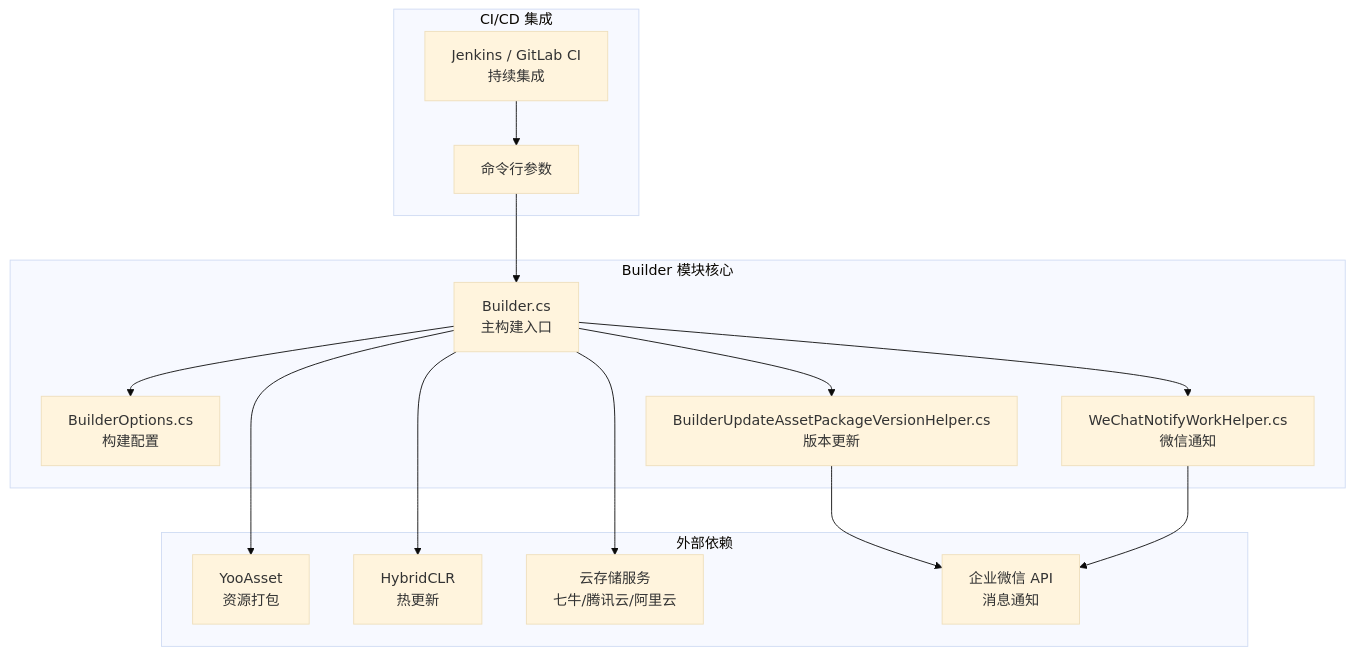
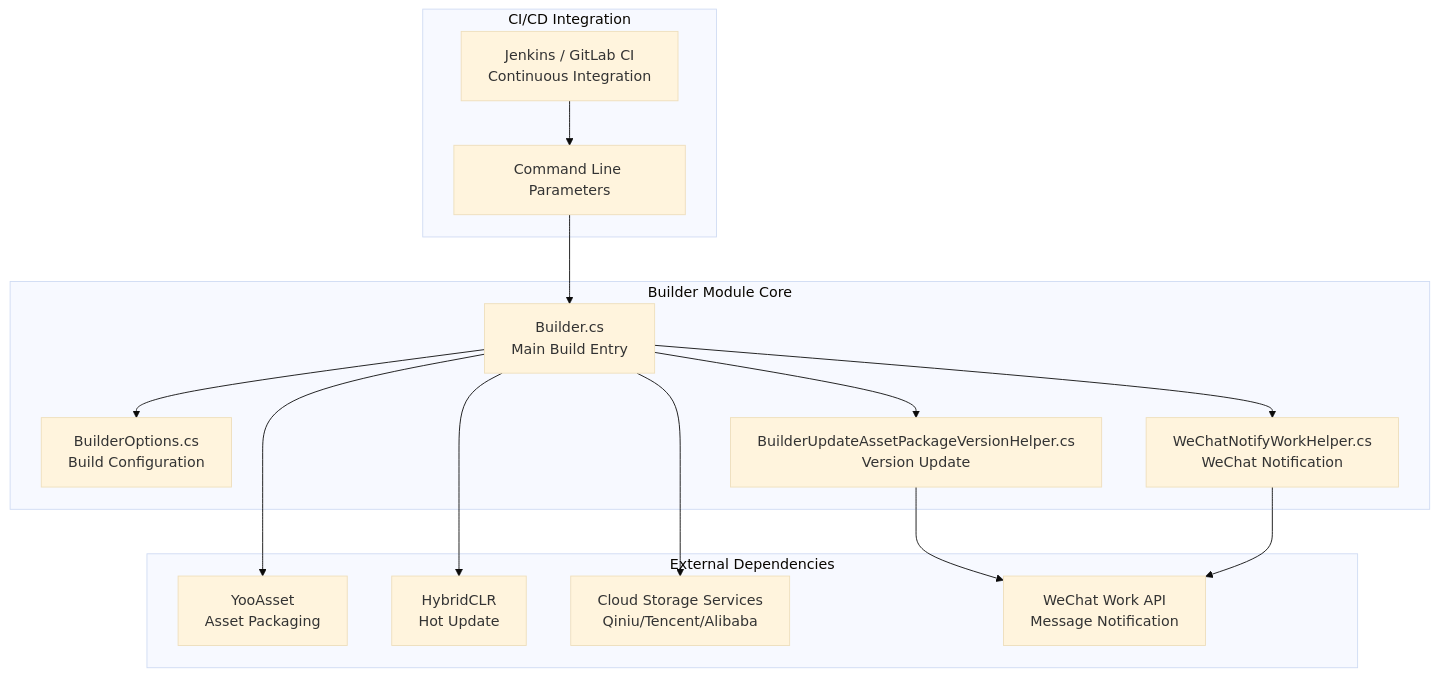
One commit to AlianBlank/GameFrameX.Docs changed the first of 2 diagrams in docs/en/client/unity/component/builder/01.overview.md. Above: the diagram before and after it, drawn with Mermaid (base theme). The commit also changed other lines of this file and 242 other files, not shown here.

````diff
--- a/docs/en/client/unity/component/builder/01.overview.md
+++ b/docs/en/client/unity/component/builder/01.overview.md
@@ -15,32 +15,32 @@
 ```mermaid
 flowchart TD
-    subgraph Builder["Builder 模块核心"]
-        BuilderMain[Builder.cs<br/>主构建入口]
-        BuilderOptions[BuilderOptions.cs<br/>构建配置]
-        VersionHelper[BuilderUpdateAssetPackageVersionHelper.cs<br/>版本更新]
-        WeChatHelper[WeChatNotifyWorkHelper.cs<br/>微信通知]
+    subgraph Builder["Builder Module Core"]
+        BuilderMain[Builder.cs<br/>Main Build Entry]
+        BuilderOptions[BuilderOptions.cs<br/>Build Configuration]
+        VersionHelper[BuilderUpdateAssetPackageVersionHelper.cs<br/>Version Update]
+        WeChatHelper[WeChatNotifyWorkHelper.cs<br/>WeChat Notification]
     end
 
-    subgraph External["外部依赖"]
-        YooAsset[YooAsset<br/>资源打包]
-        HybridCLR[HybridCLR<br/>热更新]
-        ObjectStorage[云存储服务<br/>七牛/腾讯云/阿里云]
-        WeChatAPI[企业微信 API<br/>消息通知]
+    subgraph External["External Dependencies"]
+        YooAsset[YooAsset<br/>Asset Packaging]
+        HybridCLR[HybridCLR<br/>Hot Update]
+        ObjectStorage[Cloud Storage Services<br/>Qiniu/Tencent/Alibaba]
+        WeChatAPI[WeChat Work API<br/>Message Notification]
     end
 
-    subgraph CI["CI/CD 集成"]
-        CommandLine[命令行参数]
-        Jenkins[Jenkins / GitLab CI<br/>持续集成]
+    subgraph CI["CI/CD Integration"]
+        CommandLine[Command Line Parameters]
+        Jenkins[Jenkins / GitLab CI<br/>Continuous Integration]
     end
 
     CommandLine --> BuilderMain
     Jenkins --> CommandLine
     BuilderMain --> BuilderOptions
     BuilderMain --> YooAsset
     BuilderMain --> HybridCLR
     BuilderMain --> ObjectStorage
     BuilderMain --> VersionHelper
     VersionHelper --> WeChatAPI
     BuilderMain --> WeChatHelper
     WeChatHelper --> WeChatAPI
 ```
````
